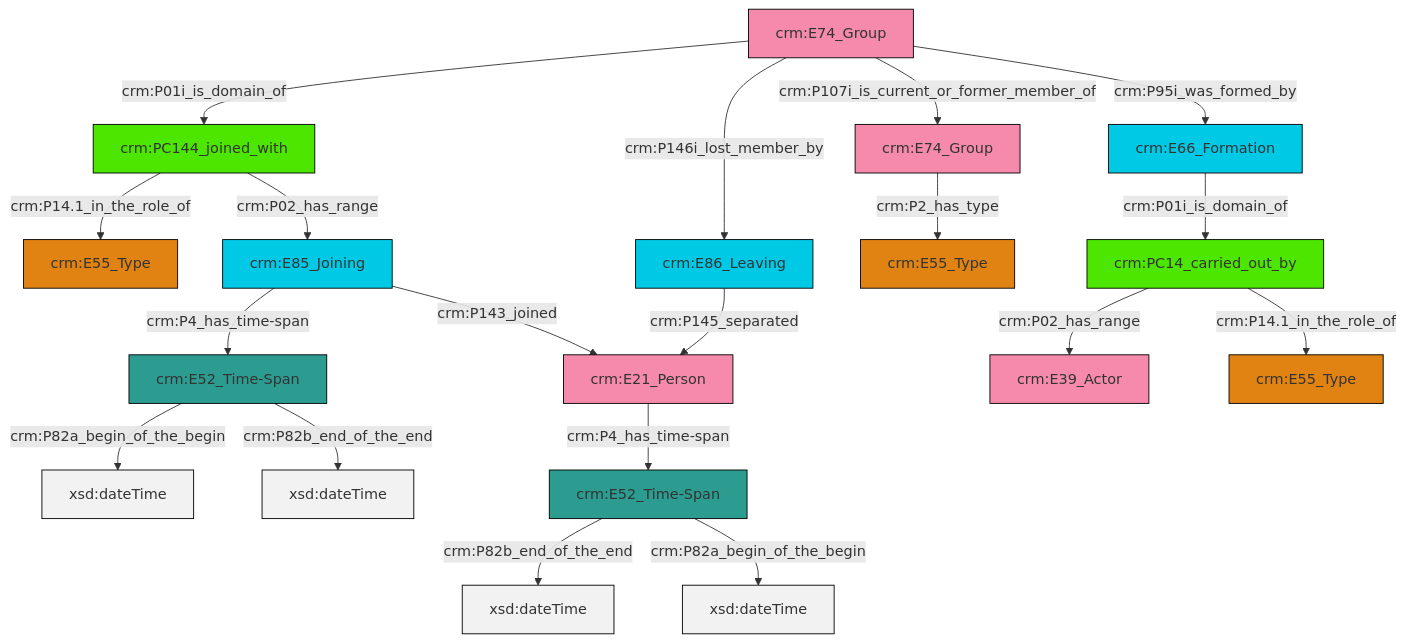
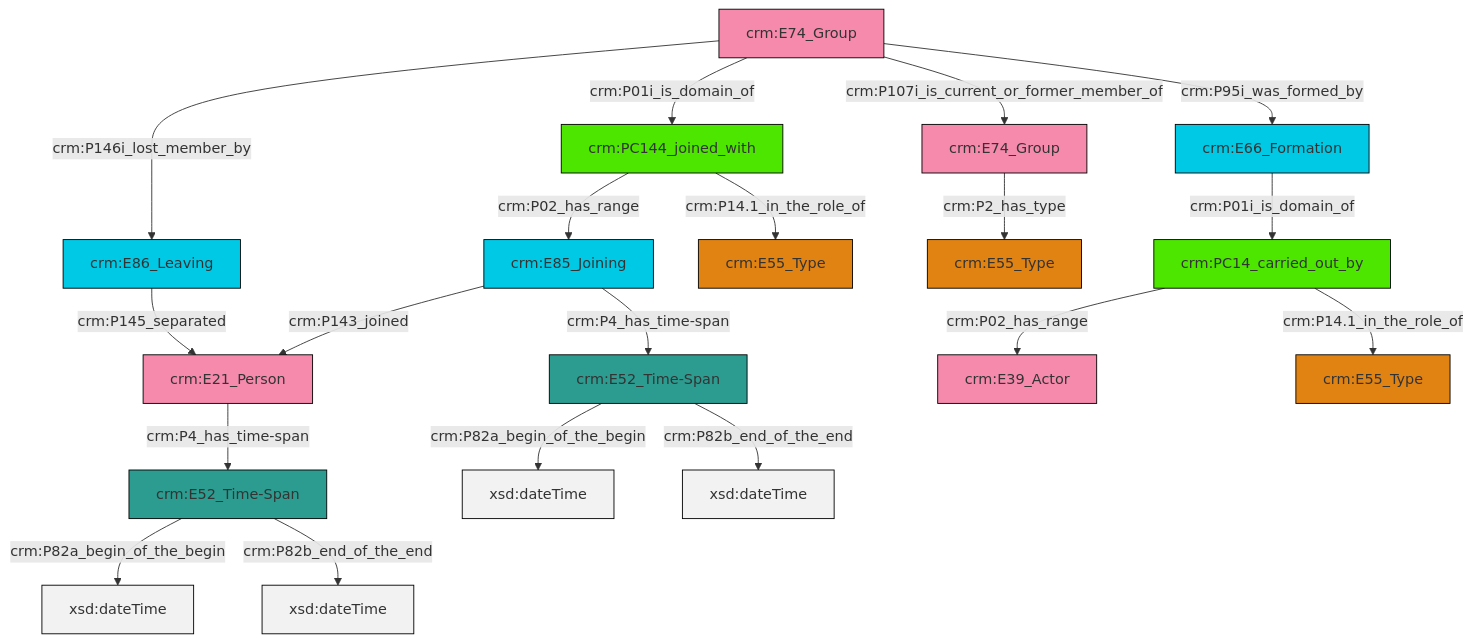
The diagram in et/groupCSV/ttl/mmd/group_actor_relations.ttl.mmd (swiss-art-research-net/docs.swissartresearch), drawn with Mermaid before and after one commit. The commit also changed 174 other files, not shown here.

```diff
--- a/et/groupCSV/ttl/mmd/group_actor_relations.ttl.mmd
+++ b/et/groupCSV/ttl/mmd/group_actor_relations.ttl.mmd
@@ -1,33 +1,33 @@
 graph TD
 classDef Literal fill:#f2f2f2,stroke:#000000;
 classDef CRM_Entity fill:#FFFFFF,stroke:#000000;
 classDef Temporal_Entity fill:#00C9E6, stroke:#000000;
 classDef Type fill:#E18312, stroke:#000000;
 classDef Time-Span fill:#2C9C91, stroke:#000000;
 classDef Appellation fill:#FFEB7F, stroke:#000000;
 classDef Place fill:#008836, stroke:#000000;
 classDef Persistent_Item fill:#B266B2, stroke:#000000;
 classDef Conceptual_Object fill:#FFD700, stroke:#000000;
 classDef Physical_Thing fill:#D2B48C, stroke:#000000;
 classDef Actor fill:#f58aad, stroke:#000000;
 classDef PC_Classes fill:#4ce600, stroke:#000000;
 classDef Multi fill:#cccccc,stroke:#000000;
 
-0["crm:E85_Joining"]:::Temporal_Entity -->|crm:P4_has_time-span| 1["crm:E52_Time-Span"]:::Time-Span
-1["crm:E52_Time-Span"]:::Time-Span -->|crm:P82a_begin_of_the_begin| 6[xsd:dateTime]:::Literal
-7["crm:E74_Group"]:::Actor -->|crm:P2_has_type| 2["crm:E55_Type"]:::Type
-8["crm:E74_Group"]:::Actor -->|crm:P01i_is_domain_of| 9["crm:PC144_joined_with"]:::PC_Classes
-12["crm:E52_Time-Span"]:::Time-Span -->|crm:P82b_end_of_the_end| 13[xsd:dateTime]:::Literal
-1["crm:E52_Time-Span"]:::Time-Span -->|crm:P82b_end_of_the_end| 14[xsd:dateTime]:::Literal
-8["crm:E74_Group"]:::Actor -->|crm:P146i_lost_member_by| 18["crm:E86_Leaving"]:::Temporal_Entity
-19["crm:E66_Formation"]:::Temporal_Entity -->|crm:P01i_is_domain_of| 20["crm:PC14_carried_out_by"]:::PC_Classes
-21["crm:E21_Person"]:::Actor -->|crm:P4_has_time-span| 12["crm:E52_Time-Span"]:::Time-Span
-8["crm:E74_Group"]:::Actor -->|crm:P107i_is_current_or_former_member_of| 7["crm:E74_Group"]:::Actor
-0["crm:E85_Joining"]:::Temporal_Entity -->|crm:P143_joined| 21["crm:E21_Person"]:::Actor
-20["crm:PC14_carried_out_by"]:::PC_Classes -->|crm:P02_has_range| 28["crm:E39_Actor"]:::Actor
-20["crm:PC14_carried_out_by"]:::PC_Classes -->|crm:P14.1_in_the_role_of| 16["crm:E55_Type"]:::Type
-8["crm:E74_Group"]:::Actor -->|crm:P95i_was_formed_by| 19["crm:E66_Formation"]:::Temporal_Entity
-18["crm:E86_Leaving"]:::Temporal_Entity -->|crm:P145_separated| 21["crm:E21_Person"]:::Actor
-9["crm:PC144_joined_with"]:::PC_Classes -->|crm:P14.1_in_the_role_of| 4["crm:E55_Type"]:::Type
-9["crm:PC144_joined_with"]:::PC_Classes -->|crm:P02_has_range| 0["crm:E85_Joining"]:::Temporal_Entity
-12["crm:E52_Time-Span"]:::Time-Span -->|crm:P82a_begin_of_the_begin| 34[xsd:dateTime]:::Literal
+8["crm:PC14_carried_out_by"]:::PC_Classes -->|crm:P02_has_range| 6["crm:E39_Actor"]:::Actor
+9["crm:E74_Group"]:::Actor -->|crm:P146i_lost_member_by| 4["crm:E86_Leaving"]:::Temporal_Entity
+10["crm:E85_Joining"]:::Temporal_Entity -->|crm:P143_joined| 11["crm:E21_Person"]:::Actor
+11["crm:E21_Person"]:::Actor -->|crm:P4_has_time-span| 0["crm:E52_Time-Span"]:::Time-Span
+16["crm:PC144_joined_with"]:::PC_Classes -->|crm:P02_has_range| 10["crm:E85_Joining"]:::Temporal_Entity
+18["crm:E74_Group"]:::Actor -->|crm:P2_has_type| 19["crm:E55_Type"]:::Type
+9["crm:E74_Group"]:::Actor -->|crm:P01i_is_domain_of| 16["crm:PC144_joined_with"]:::PC_Classes
+8["crm:PC14_carried_out_by"]:::PC_Classes -->|crm:P14.1_in_the_role_of| 14["crm:E55_Type"]:::Type
+0["crm:E52_Time-Span"]:::Time-Span -->|crm:P82a_begin_of_the_begin| 20[xsd:dateTime]:::Literal
+9["crm:E74_Group"]:::Actor -->|crm:P107i_is_current_or_former_member_of| 18["crm:E74_Group"]:::Actor
+12["crm:E52_Time-Span"]:::Time-Span -->|crm:P82a_begin_of_the_begin| 21[xsd:dateTime]:::Literal
+10["crm:E85_Joining"]:::Temporal_Entity -->|crm:P4_has_time-span| 12["crm:E52_Time-Span"]:::Time-Span
+12["crm:E52_Time-Span"]:::Time-Span -->|crm:P82b_end_of_the_end| 26[xsd:dateTime]:::Literal
+0["crm:E52_Time-Span"]:::Time-Span -->|crm:P82b_end_of_the_end| 31[xsd:dateTime]:::Literal
+4["crm:E86_Leaving"]:::Temporal_Entity -->|crm:P145_separated| 11["crm:E21_Person"]:::Actor
+28["crm:E66_Formation"]:::Temporal_Entity -->|crm:P01i_is_domain_of| 8["crm:PC14_carried_out_by"]:::PC_Classes
+9["crm:E74_Group"]:::Actor -->|crm:P95i_was_formed_by| 28["crm:E66_Formation"]:::Temporal_Entity
+16["crm:PC144_joined_with"]:::PC_Classes -->|crm:P14.1_in_the_role_of| 2["crm:E55_Type"]:::Type
```
